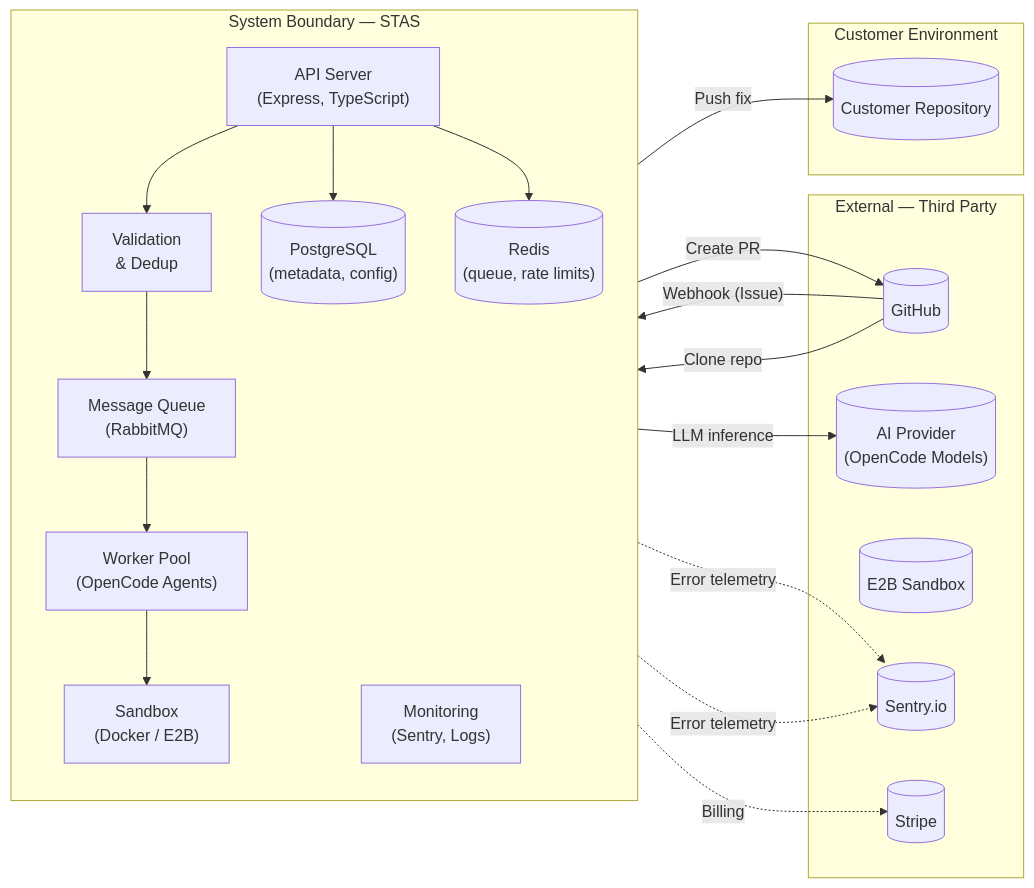
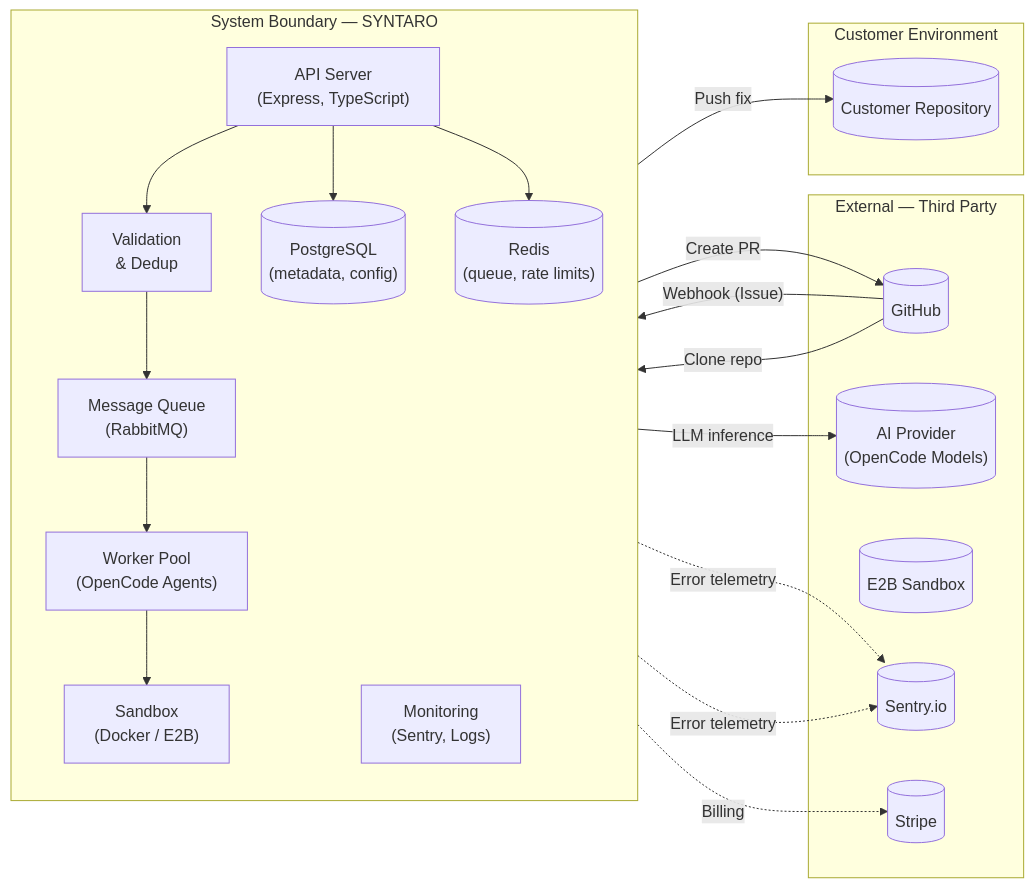
The diagram in docs/soc2/architecture-data-flow.md (Aimino-Tech/solving_tickets_as_a_service), drawn with Mermaid before and after one commit. The commit also changed other lines of this file and 953 other files, not shown here.

First line of the commit message:
refactor(AIM-4477): rebrand STAS → SYNTARO in code, configs, docs, and deploy

````diff
--- a/docs/soc2/architecture-data-flow.md
+++ b/docs/soc2/architecture-data-flow.md
@@ -27,41 +27,41 @@
 ```mermaid
 flowchart LR
-    subgraph "System Boundary — STAS"
+    subgraph "System Boundary — SYNTARO"
         direction TB
         API["API Server<br/>(Express, TypeScript)"]
         VAL["Validation<br/>& Dedup"]
         QUEUE["Message Queue<br/>(RabbitMQ)"]
         WKR["Worker Pool<br/>(OpenCode Agents)"]
         SBX["Sandbox<br/>(Docker / E2B)"]
         DB[("PostgreSQL<br/>(metadata, config)")]
         CACHE[("Redis<br/>(queue, rate limits)")]
         MON["Monitoring<br/>(Sentry, Logs)"]
     end
 
     subgraph "External — Third Party"
         GITHUB[("GitHub")]
         AIPROV[("AI Provider<br/>(OpenCode Models)")]
         E2B[("E2B Sandbox")]
         SENTRY_SVC[("Sentry.io")]
         STRIPE[("Stripe")]
     end
 
     subgraph "Customer Environment"
         CUST_REPO[("Customer Repository")]
     end
 
     GITHUB -->|"Webhook (Issue)"| API
     API --> VAL
     VAL --> QUEUE
     QUEUE --> WKR
     WKR --> SBX
     SBX -->|"LLM inference"| AIPROV
     WKR -->|"Create PR"| GITHUB
     API -.->|"Error telemetry"| SENTRY_SVC
     WKR -.->|"Error telemetry"| SENTRY_SVC
     API --> DB
     API --> CACHE
     GITHUB -->|"Clone repo"| SBX
     SBX -->|"Push fix"| CUST_REPO
     API -.->|"Billing"| STRIPE
 ```
````
